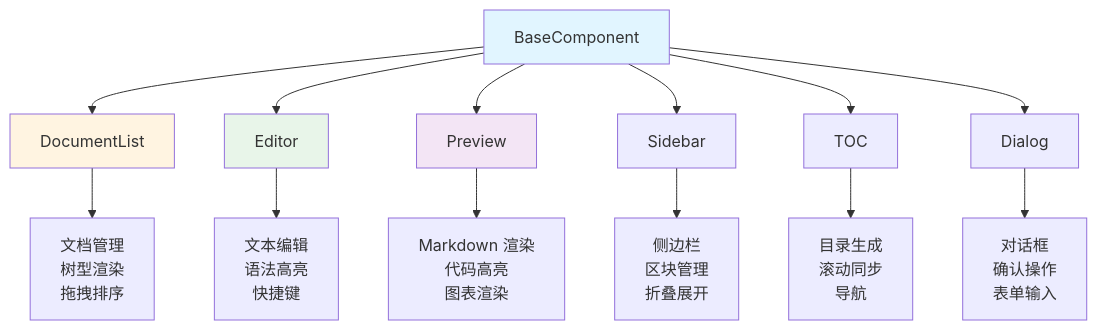
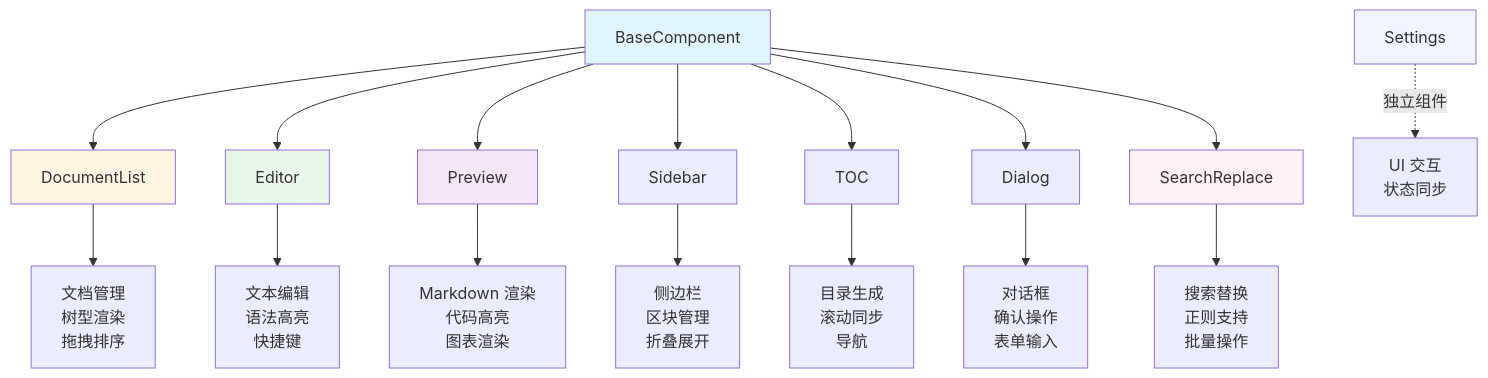
One commit to ZCShou/markdown changed the fifth of 15 diagrams in docs/arch.md. Above: the diagram before and after it, drawn with Mermaid. The commit also changed other lines of this file and 1 other file, not shown here.

Commit message:
docs: refine architecture and preview documentation with persistence and rendering details

````diff
--- a/docs/arch.md
+++ b/docs/arch.md
@@ -888,21 +1114,27 @@
 ```mermaid
 graph TD
     A[BaseComponent] --> B[DocumentList]
     A --> C[Editor]
     A --> D[Preview]
     A --> E[Sidebar]
     A --> F[TOC]
     A --> G[Dialog]
+    A --> H[SearchReplace]
     
-    B --> H[文档管理<br/>树型渲染<br/>拖拽排序]
-    C --> I[文本编辑<br/>语法高亮<br/>快捷键]
-    D --> J[Markdown 渲染<br/>代码高亮<br/>图表渲染]
-    E --> K[侧边栏<br/>区块管理<br/>折叠展开]
-    F --> L[目录生成<br/>滚动同步<br/>导航]
-    G --> M[对话框<br/>确认操作<br/>表单输入]
+    I[Settings] -.独立组件.-> J[UI 交互<br/>状态同步]
+    
+    B --> K[文档管理<br/>树型渲染<br/>拖拽排序]
+    C --> L[文本编辑<br/>语法高亮<br/>快捷键]
+    D --> M[Markdown 渲染<br/>代码高亮<br/>图表渲染]
+    E --> N[侧边栏<br/>区块管理<br/>折叠展开]
+    F --> O[目录生成<br/>滚动同步<br/>导航]
+    G --> P[对话框<br/>确认操作<br/>表单输入]
+    H --> Q[搜索替换<br/>正则支持<br/>批量操作]
     
     style A fill:#e1f5ff
     style B fill:#fff4e1
     style C fill:#e8f5e9
     style D fill:#f3e5f5
+    style H fill:#fff0f5
+    style I fill:#f0f5ff
 ```
````
